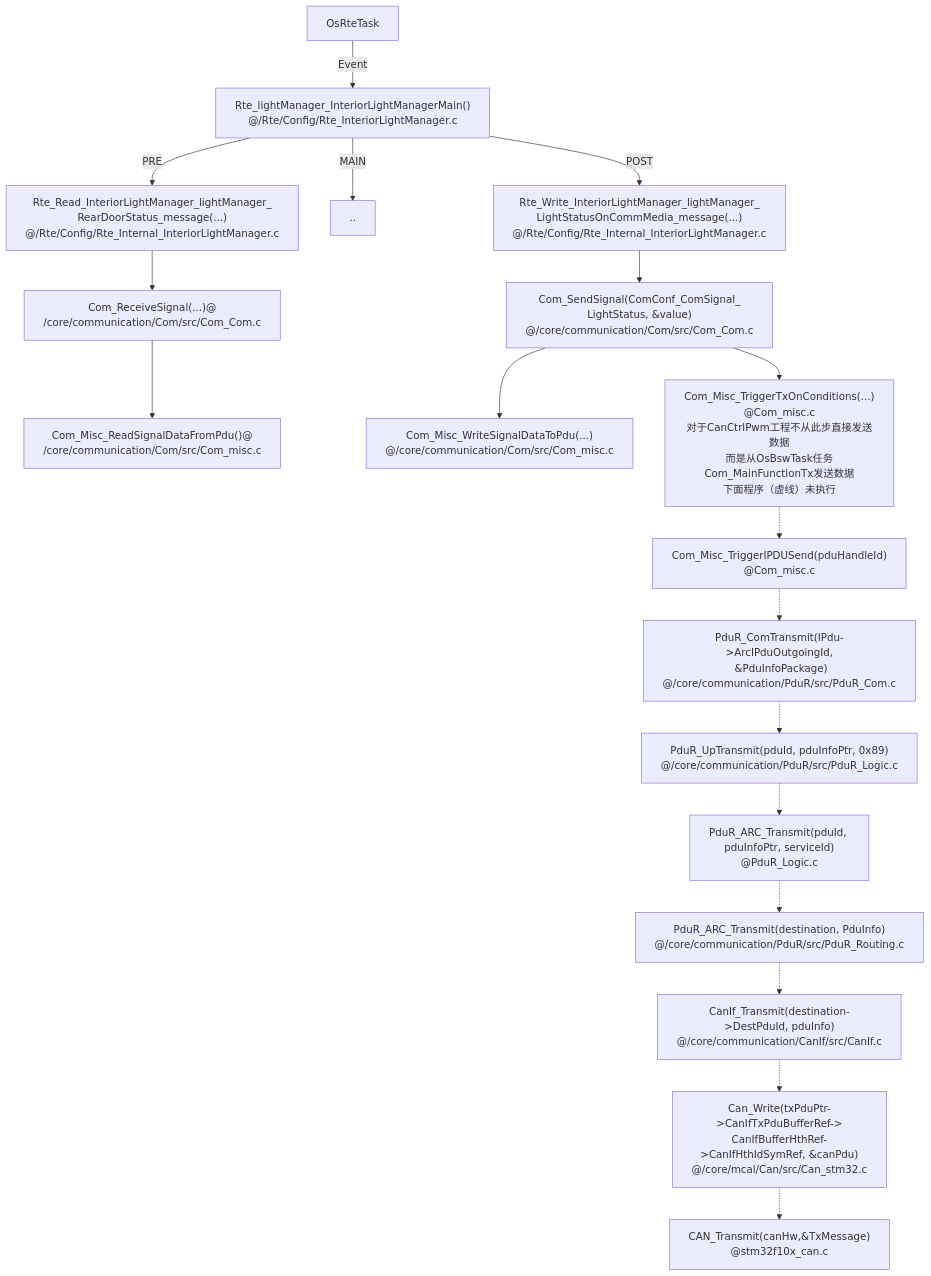
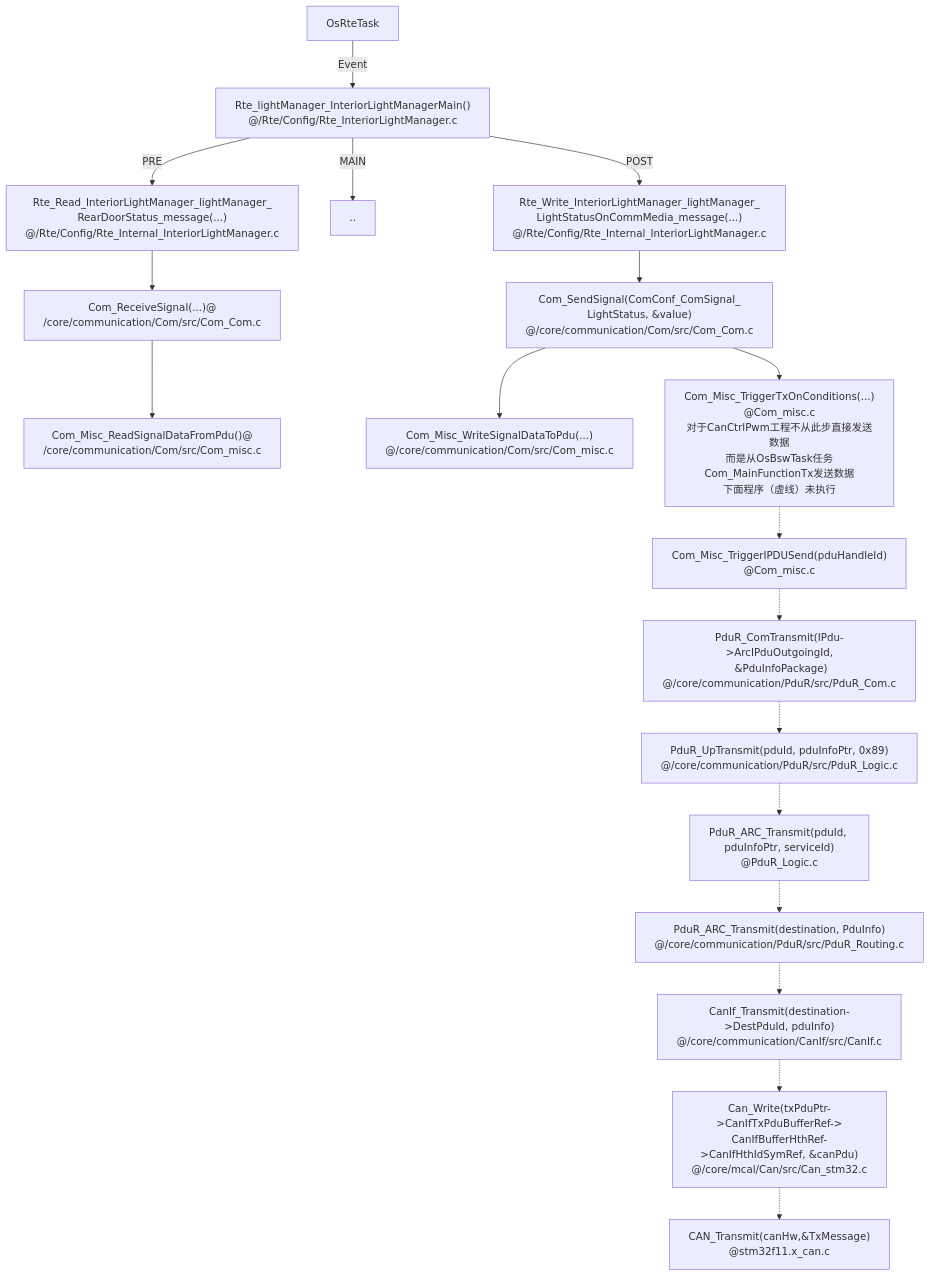
Before and after one commit to Neyzoter/Neyzoter.github.io: the fifth of 14 diagrams in _wiki/AUTOSAR.md, drawn with Mermaid. The commit also changed other lines of this file and 3 other files, not shown here.

````diff
--- a/_wiki/AUTOSAR.md
+++ b/_wiki/AUTOSAR.md
@@ -815,22 +855,22 @@
 ```mermaid
 graph TB;
 OsRteTask["OsRteTask"] --Event--> Rte_lightManager_InteriorLightManagerMain["Rte_lightManager_InteriorLightManagerMain()<br>@/Rte/Config/Rte_InteriorLightManager.c"] 
 Rte_lightManager_InteriorLightManagerMain --PRE--> Rte_Read_InteriorLightManager_lightManager_RearDoorStatus_message["Rte_Read_InteriorLightManager_lightManager_<br>RearDoorStatus_message(...)<br>@/Rte/Config/Rte_Internal_InteriorLightManager.c"]
 Rte_Read_InteriorLightManager_lightManager_RearDoorStatus_message --> Com_ReceiveSignal["Com_ReceiveSignal(...)@<br>/core/communication/Com/src/Com_Com.c"]
 Com_ReceiveSignal --> Com_Misc_ReadSignalDataFromPdu["Com_Misc_ReadSignalDataFromPdu()@<br>/core/communication/Com/src/Com_misc.c"]
 
 Rte_lightManager_InteriorLightManagerMain --MAIN--> ..
 
 Rte_lightManager_InteriorLightManagerMain --POST--> Rte_Write_InteriorLightManager_lightManager_LightStatusOnCommMedia_message["Rte_Write_InteriorLightManager_lightManager_<br>LightStatusOnCommMedia_message(...)<br>@/Rte/Config/Rte_Internal_InteriorLightManager.c"]
 Rte_Write_InteriorLightManager_lightManager_LightStatusOnCommMedia_message --> Com_SendSignal["Com_SendSignal(ComConf_ComSignal_<br>LightStatus, &value)<br>@/core/communication/Com/src/Com_Com.c"]
 Com_SendSignal --> Com_Misc_WriteSignalDataToPdu["Com_Misc_WriteSignalDataToPdu(...)<br>@/core/communication/Com/src/Com_misc.c"]
 Com_SendSignal --> Com_Misc_TriggerTxOnConditions["Com_Misc_TriggerTxOnConditions(...)<br>@Com_misc.c<br>对于CanCtrlPwm工程不从此步直接发送数据<br>而是从OsBswTask任务Com_MainFunctionTx发送数据<br>下面程序（虚线）未执行"]
 	Com_Misc_TriggerTxOnConditions -.-> Com_Misc_TriggerIPDUSend["Com_Misc_TriggerIPDUSend(pduHandleId)<br>@Com_misc.c"]
 	Com_Misc_TriggerIPDUSend -.-> PduR_ComTransmit["PduR_ComTransmit(IPdu->ArcIPduOutgoingId,<br> &PduInfoPackage)<br>@/core/communication/PduR/src/PduR_Com.c"]
 	PduR_ComTransmit -.-> PduR_UpTransmit["PduR_UpTransmit(pduId, pduInfoPtr, 0x89)<br>@/core/communication/PduR/src/PduR_Logic.c"]
 	PduR_UpTransmit -.->PduR_ARC_Transmit["PduR_ARC_Transmit(pduId, pduInfoPtr, serviceId)<br>@PduR_Logic.c"]
 	PduR_ARC_Transmit -.-> PduR_ARC_RouteTransmit["PduR_ARC_Transmit(destination, PduInfo)<br>@/core/communication/PduR/src/PduR_Routing.c"]
 	PduR_ARC_RouteTransmit -.-> CanIf_Transmit["CanIf_Transmit(destination->DestPduId, pduInfo)<br>@/core/communication/CanIf/src/CanIf.c"]
 	CanIf_Transmit -.-> Can_Write["Can_Write(txPduPtr->CanIfTxPduBufferRef-><br>CanIfBufferHthRef->CanIfHthIdSymRef, &canPdu)<br>@/core/mcal/Can/src/Can_stm32.c"]
-	Can_Write -.-> CAN_Transmit["CAN_Transmit(canHw,&TxMessage)<br>@stm32f10x_can.c"]
+	Can_Write -.-> CAN_Transmit["CAN_Transmit(canHw,&TxMessage)<br>@stm32f11.x_can.c"]
 ```
````
